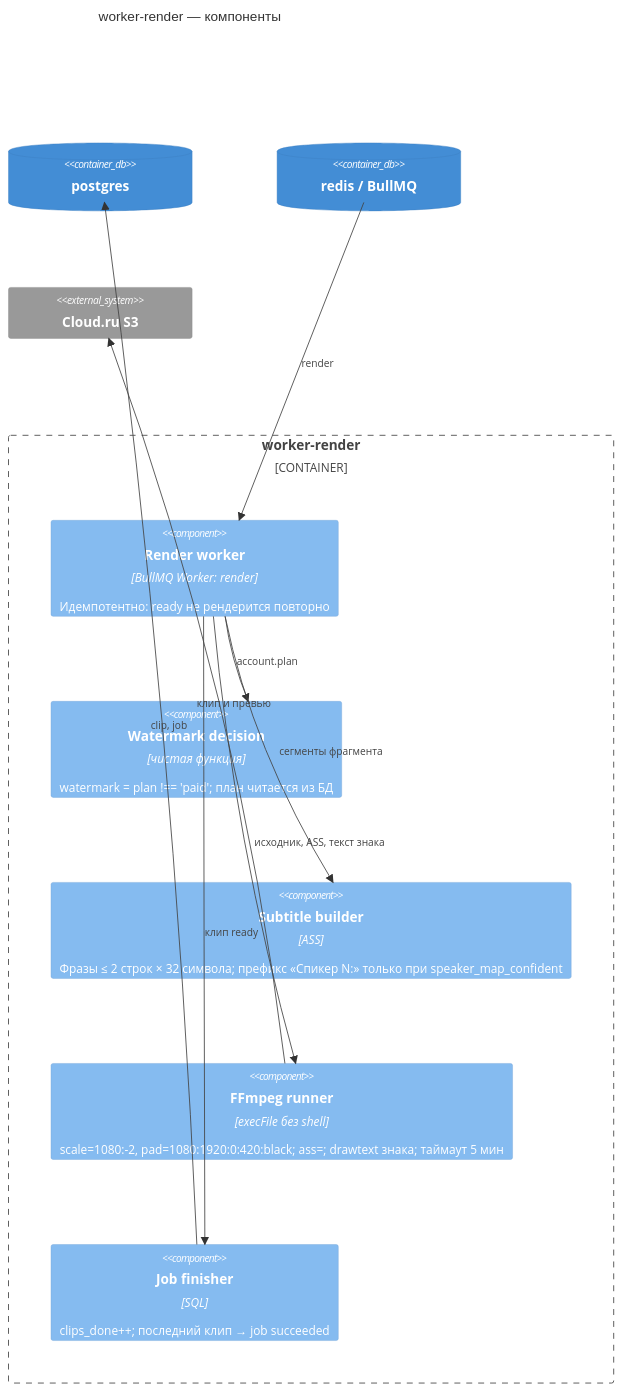
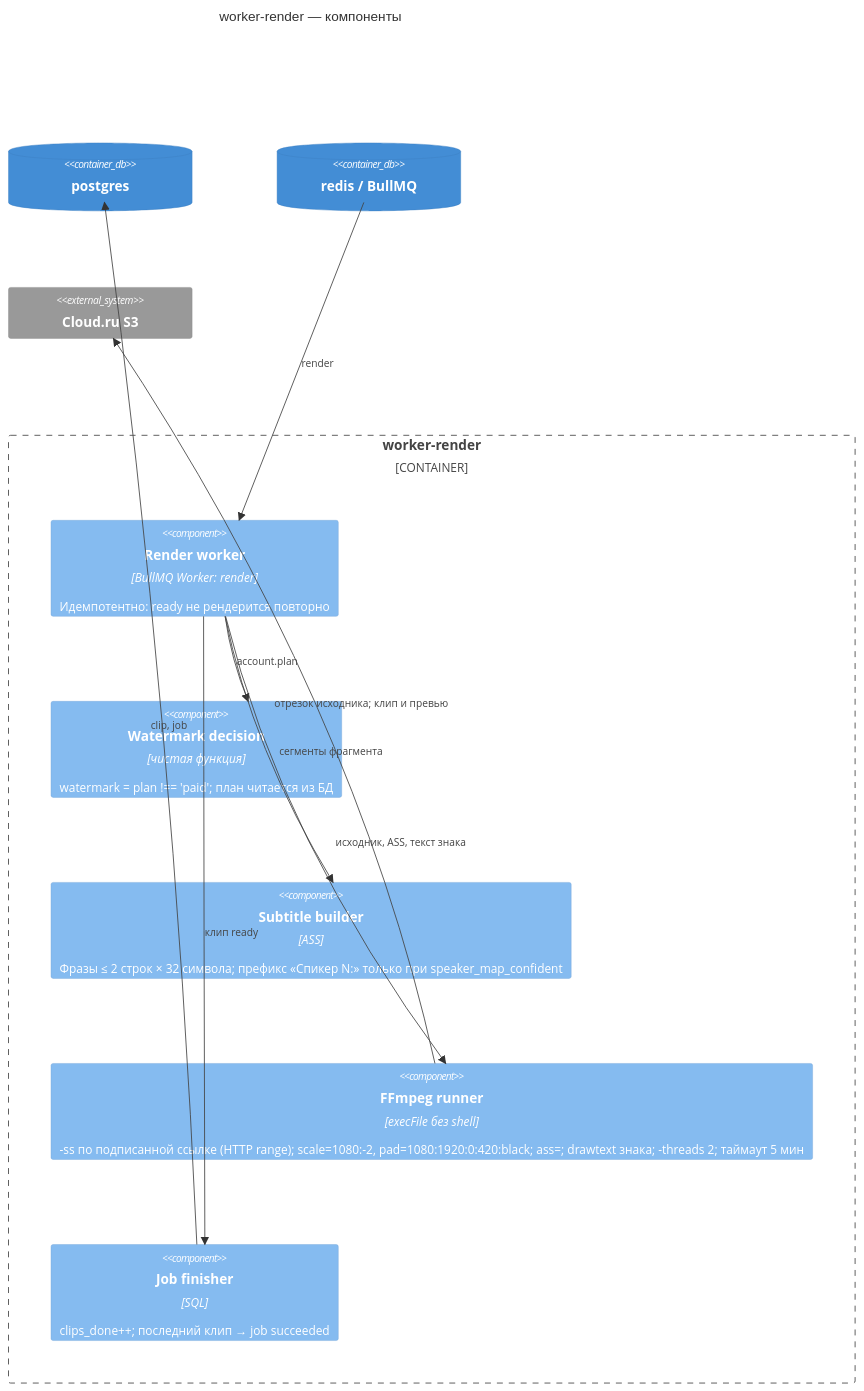
One commit to djd1m/2026-AUG-PU-Projects changed the fourth of 4 diagrams in projects/05a-podcast-clips-opus/docs/C4_Diagrams.md. Above: the diagram before and after it, drawn with Mermaid. The commit also changed other lines of this file and 5 other files, not shown here.

Commit message:
docs(05a): исправления итерации 1 в ADR/Architecture/C4; канон — POSTGRES_*, cost_estimated, CORS GET, file_invalid; объявлен разрез Architecture-compose

````diff
--- a/projects/05a-podcast-clips-opus/docs/C4_Diagrams.md
+++ b/projects/05a-podcast-clips-opus/docs/C4_Diagrams.md
@@ -117,21 +120,21 @@
 ```mermaid
 C4Component
   title worker-render — компоненты
   ContainerDb(postgres, "postgres")
   ContainerDb(redis, "redis / BullMQ")
   System_Ext(s3, "Cloud.ru S3")
   Container_Boundary(rw, "worker-render") {
     Component(renderw, "Render worker", "BullMQ Worker: render", "Идемпотентно: ready не рендерится повторно")
     Component(plan, "Watermark decision", "чистая функция", "watermark = plan !== 'paid'; план читается из БД")
     Component(ass, "Subtitle builder", "ASS", "Фразы ≤ 2 строк × 32 символа; префикс «Спикер N:» только при speaker_map_confident")
-    Component(ffmpeg, "FFmpeg runner", "execFile без shell", "scale=1080:-2, pad=1080:1920:0:420:black; ass=; drawtext знака; таймаут 5 мин")
+    Component(ffmpeg, "FFmpeg runner", "execFile без shell", "-ss по подписанной ссылке (HTTP range); scale=1080:-2, pad=1080:1920:0:420:black; ass=; drawtext знака; -threads 2; таймаут 5 мин")
     Component(finisher, "Job finisher", "SQL", "clips_done++; последний клип → job succeeded")
   }
   Rel(redis, renderw, "render")
   Rel(renderw, plan, "account.plan")
   Rel(renderw, ass, "сегменты фрагмента")
   Rel(renderw, ffmpeg, "исходник, ASS, текст знака")
-  Rel(ffmpeg, s3, "клип и превью")
+  Rel(ffmpeg, s3, "отрезок исходника; клип и превью")
   Rel(renderw, finisher, "клип ready")
   Rel(finisher, postgres, "clip, job")
 ```
````
